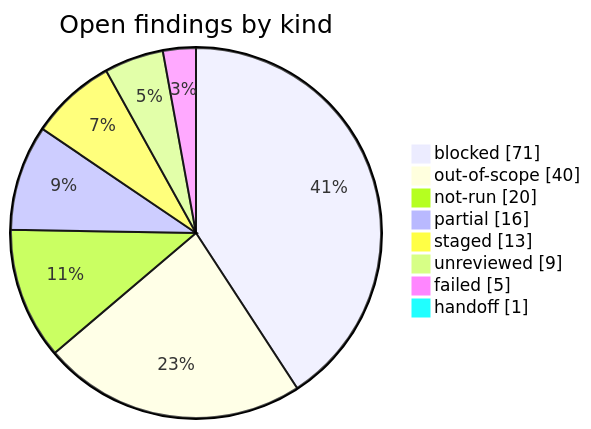
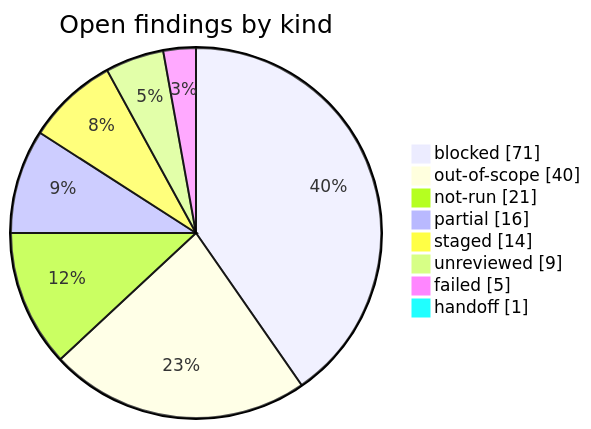
Before and after one commit to korczis/OpenTTD: the diagram in research/open-findings.md, drawn with Mermaid. The commit also changed other lines of this file and 4 other files, not shown here.

````diff
--- a/research/open-findings.md
+++ b/research/open-findings.md
@@ -36,12 +36,12 @@
 ```mermaid
 pie showData title Open findings by kind
     %% links: open-findings.md?col=Kind&filter=blocked#findings | open-findings.md?col=Kind&filter=out-of-scope#findings | open-findings.md?col=Kind&filter=not-run#findings | open-findings.md?col=Kind&filter=partial#findings | open-findings.md?col=Kind&filter=staged#findings | open-findings.md?col=Kind&filter=unreviewed#findings | open-findings.md?col=Kind&filter=failed#findings | open-findings.md?col=Kind&filter=handoff#findings
     "blocked" : 71
     "out-of-scope" : 40
-    "not-run" : 20
+    "not-run" : 21
     "partial" : 16
-    "staged" : 13
+    "staged" : 14
     "unreviewed" : 9
     "failed" : 5
     "handoff" : 1
 ```
````
